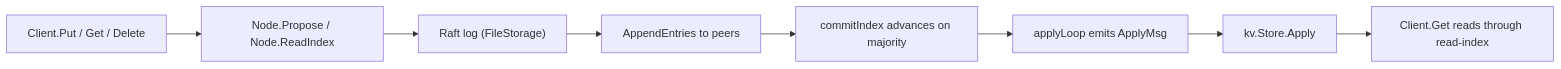
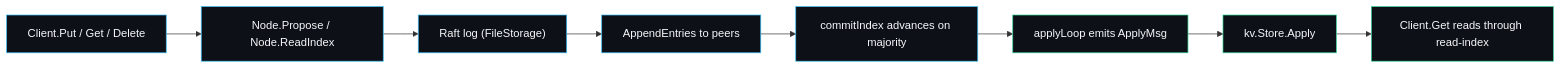
One commit to sarmakska/raftkv changed the diagram in wiki/Architecture.md. Above: the diagram before and after it, drawn with Mermaid. The commit also changed other lines of this file and 7 other files, not shown here.

Commit message:
docs: lift wiki to best-in-class with nav, design decisions, roadmap and footers

````diff
--- a/wiki/Architecture.md
+++ b/wiki/Architecture.md
@@ -19,10 +19,15 @@
 ```mermaid
 flowchart LR
     app["Client.Put / Get / Delete"] --> propose["Node.Propose / Node.ReadIndex"]
     propose --> log["Raft log (FileStorage)"]
     log --> repl["AppendEntries to peers"]
     repl --> commit["commitIndex advances on majority"]
     commit --> apply["applyLoop emits ApplyMsg"]
     apply --> sm["kv.Store.Apply"]
     sm --> read["Client.Get reads through read-index"]
+
+    classDef c fill:#0d1117,stroke:#38bdf8,color:#f5f7fa
+    classDef a fill:#0d1117,stroke:#34d399,color:#f5f7fa
+    class app,propose,log,repl,commit c
+    class apply,sm,read a
 ```
````
